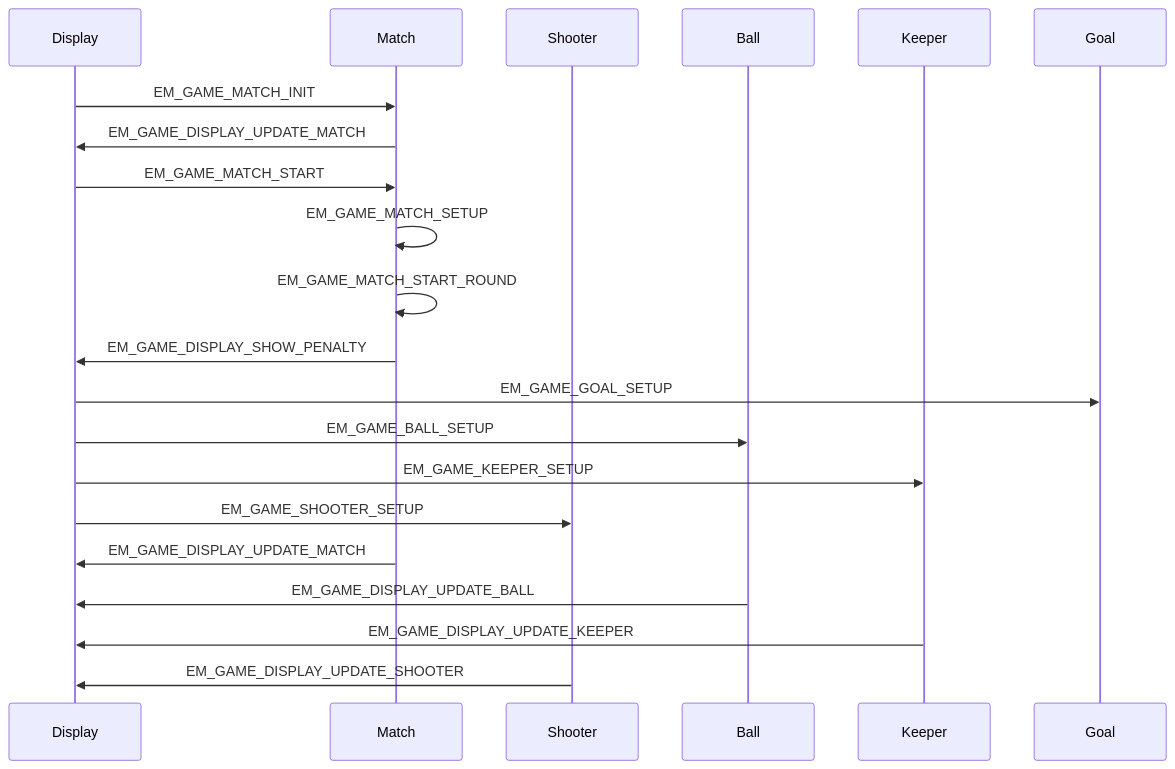
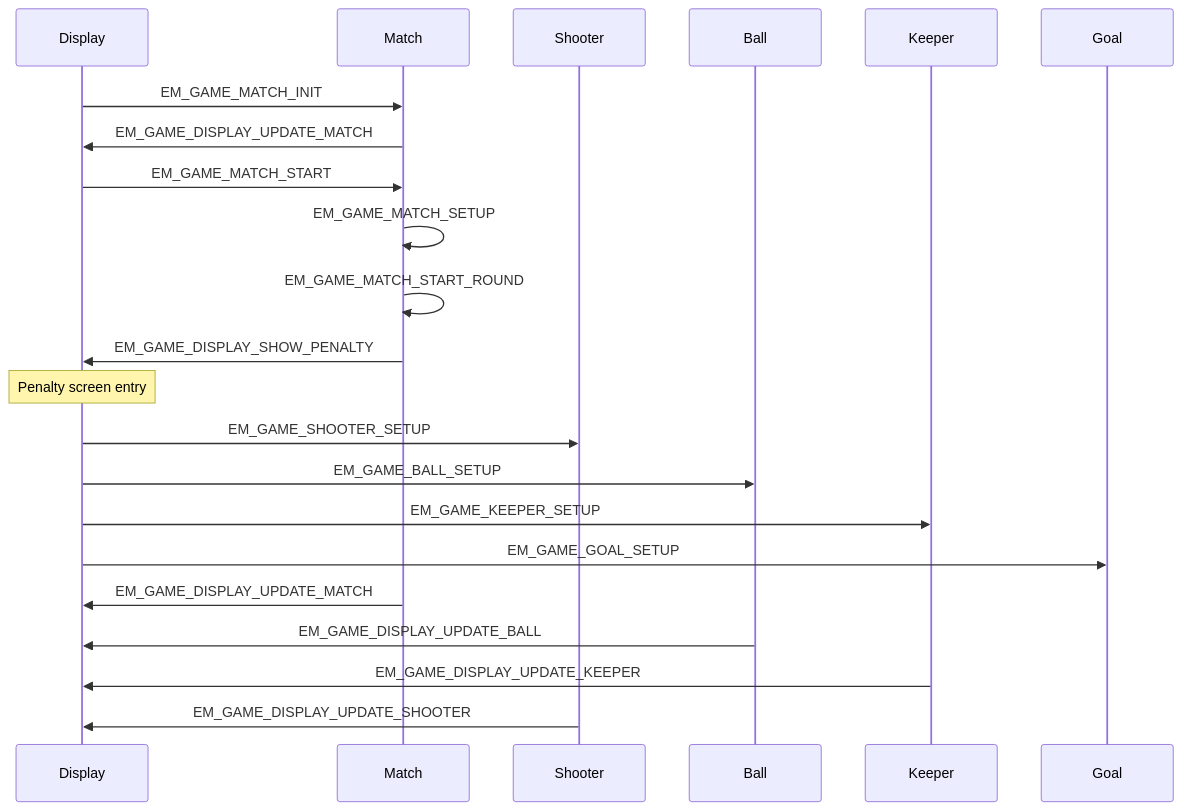
One commit to caotrongphuoc/11m-game changed the first of 4 diagrams in docs/00-design-sequence-object.md. Above: the diagram before and after it, drawn with Mermaid. The commit also changed other lines of this file and 3 other files, not shown here.

````diff
--- a/docs/00-design-sequence-object.md
+++ b/docs/00-design-sequence-object.md
@@ -18,24 +18,25 @@
 ```mermaid
 sequenceDiagram
     participant Display
     participant Match
     participant Shooter
     participant Ball
     participant Keeper
     participant Goal
 
     Display->>Match: EM_GAME_MATCH_INIT
     Match->>Display: EM_GAME_DISPLAY_UPDATE_MATCH
     Display->>Match: EM_GAME_MATCH_START
     Match->>Match: EM_GAME_MATCH_SETUP
     Match->>Match: EM_GAME_MATCH_START_ROUND
     Match->>Display: EM_GAME_DISPLAY_SHOW_PENALTY
-    Display->>Goal: EM_GAME_GOAL_SETUP
+    Note over Display: Penalty screen entry
+    Display->>Shooter: EM_GAME_SHOOTER_SETUP
     Display->>Ball: EM_GAME_BALL_SETUP
     Display->>Keeper: EM_GAME_KEEPER_SETUP
-    Display->>Shooter: EM_GAME_SHOOTER_SETUP
+    Display->>Goal: EM_GAME_GOAL_SETUP
     Match->>Display: EM_GAME_DISPLAY_UPDATE_MATCH
     Ball->>Display: EM_GAME_DISPLAY_UPDATE_BALL
     Keeper->>Display: EM_GAME_DISPLAY_UPDATE_KEEPER
     Shooter->>Display: EM_GAME_DISPLAY_UPDATE_SHOOTER
 ```
````
